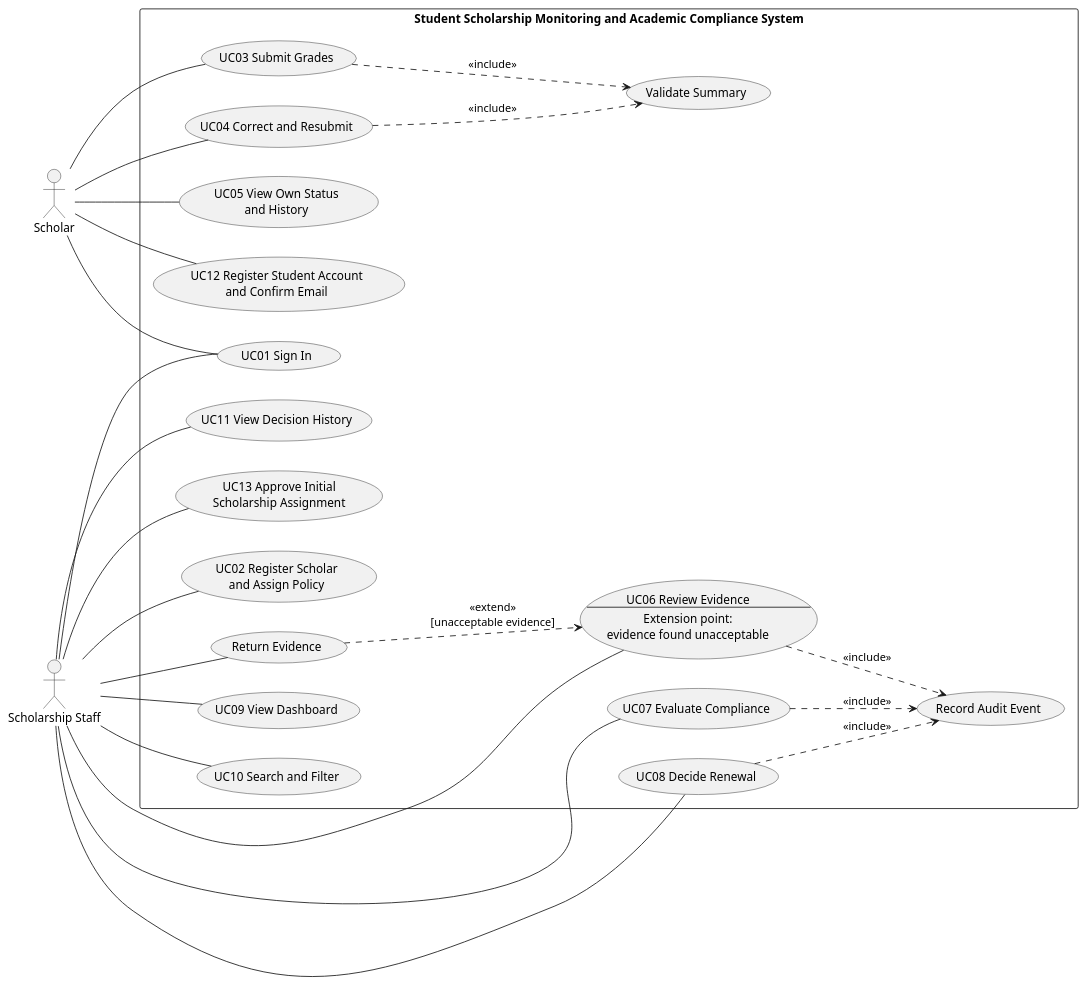
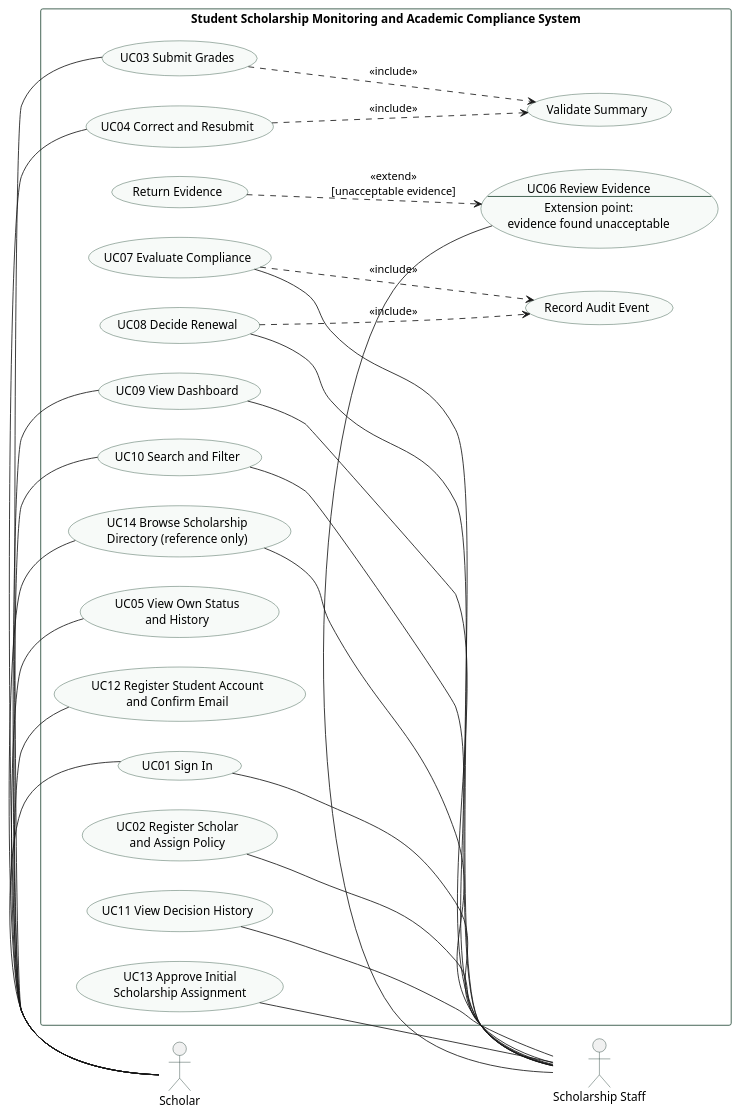
The diagram in docs/use-cases.puml (smartchain11/midterexam-1), drawn with PlantUML before and after one commit. The commit also changed 15 other files, not shown here.

Commit message:
Fix Pages Supabase configuration and add scholarship directory

```diff
--- a/docs/use-cases.puml
+++ b/docs/use-cases.puml
@@ -1,45 +1,55 @@
 @startuml
 left to right direction
 skinparam packageStyle rectangle
+skinparam shadowing false
+skinparam backgroundColor white
+skinparam defaultFontName Arial
+skinparam usecaseBackgroundColor #F7FAF8
+skinparam usecaseBorderColor #264B39
+skinparam actorBorderColor #203B34
+skinparam rectangleBorderColor #264B39
 actor Scholar
 actor "Scholarship Staff" as Staff
 rectangle "Student Scholarship Monitoring and Academic Compliance System" {
   usecase "UC01 Sign In" as Login
   usecase "UC02 Register Scholar\nand Assign Policy" as Register
   usecase "UC03 Submit Grades" as Submit
   usecase "UC04 Correct and Resubmit" as Correct
   usecase "UC05 View Own Status\nand History" as Own
   usecase "UC06 Review Evidence\n--\nExtension point:\nevidence found unacceptable" as Review
   usecase "Return Evidence" as Return
   usecase "UC07 Evaluate Compliance" as Evaluate
   usecase "UC08 Decide Renewal" as Renewal
   usecase "UC09 View Dashboard" as Dashboard
   usecase "UC10 Search and Filter" as Search
   usecase "UC11 View Decision History" as History
   usecase "UC12 Register Student Account\nand Confirm Email" as Signup
   usecase "UC13 Approve Initial\nScholarship Assignment" as ApproveAssignment
+  usecase "UC14 Browse Scholarship\nDirectory (reference only)" as Directory
   usecase "Validate Summary" as Validate
   usecase "Record Audit Event" as Audit
 }
-Scholar -- Login
-Staff -- Login
-Scholar -- Submit
-Scholar -- Correct
-Scholar -- Own
-Scholar -- Signup
-Staff -- Register
-Staff -- Review
-Staff -- Return
-Staff -- Evaluate
-Staff -- Renewal
-Staff -- Dashboard
-Staff -- Search
-Staff -- History
-Staff -- ApproveAssignment
+Scholar -right- Login
+Login -right- Staff
+Scholar -right- Submit
+Scholar -right- Correct
+Scholar -right- Own
+Scholar -right- Signup
+Register -right- Staff
+Review -right- Staff
+Evaluate -right- Staff
+Renewal -right- Staff
+History -right- Staff
+ApproveAssignment -right- Staff
+Scholar -right- Dashboard
+Dashboard -right- Staff
+Scholar -right- Search
+Search -right- Staff
+Scholar -right- Directory
+Directory -right- Staff
 Submit ..> Validate : <<include>>
 Correct ..> Validate : <<include>>
 Evaluate ..> Audit : <<include>>
-Review ..> Audit : <<include>>
 Renewal ..> Audit : <<include>>
 Return ..> Review : <<extend>>\n[unacceptable evidence]
 @enduml
```
